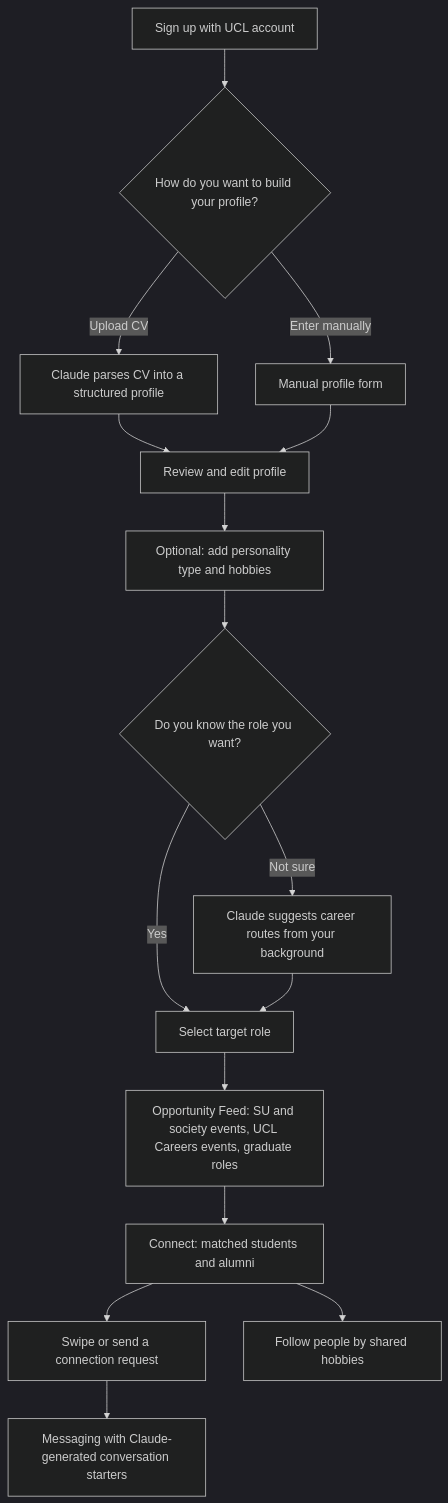
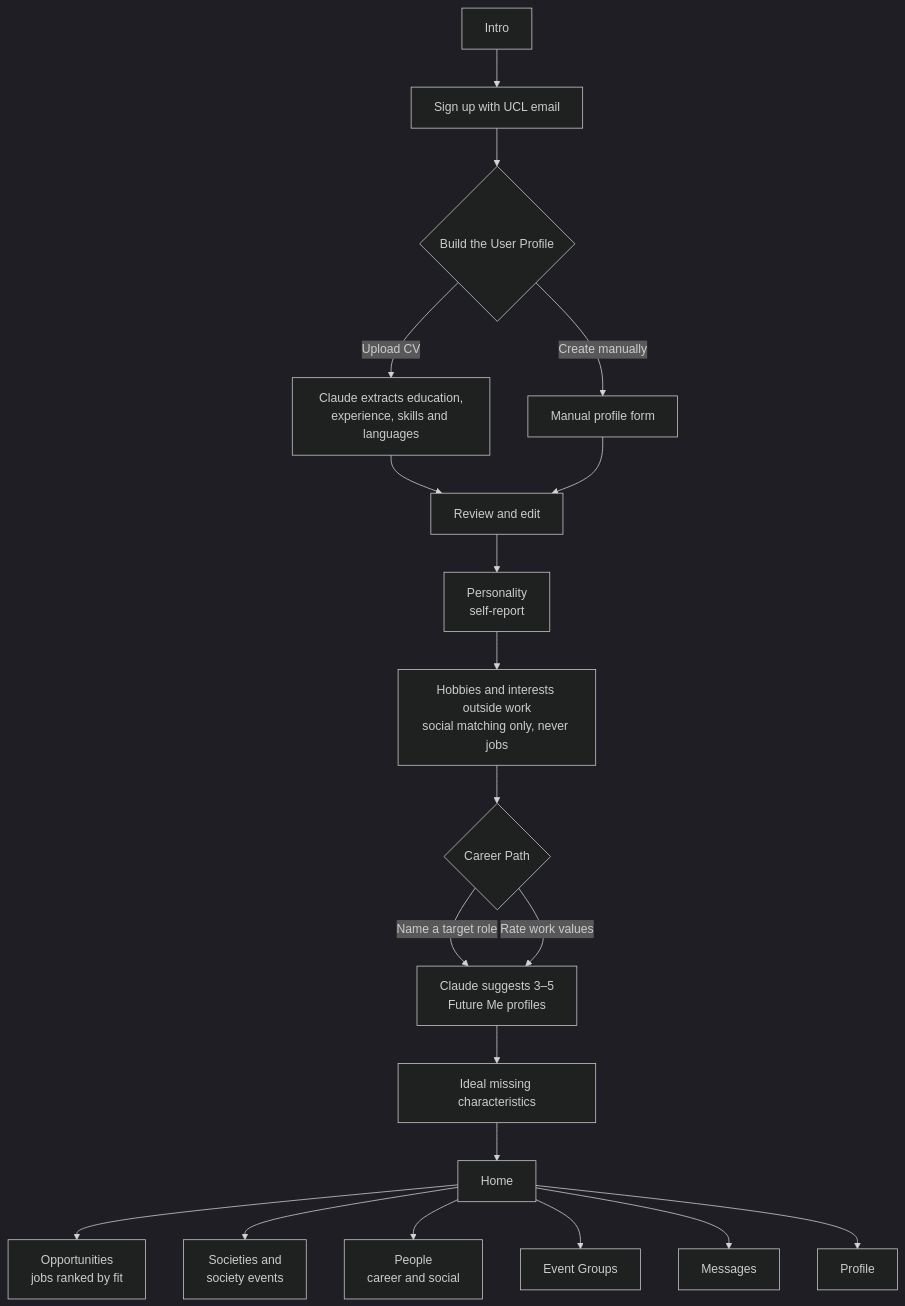
One commit to tomas-trls/LARP-Project changed the second of 2 diagrams in README.md. Above: the diagram before and after it, drawn with Mermaid (dark theme). The commit also changed other lines of this file, not shown here.

Commit message:
Rewrite README for the Future Me vision and the real stack

````diff
--- a/README.md
+++ b/README.md
@@ -103,18 +119,22 @@
 ```mermaid
 flowchart TD
-    A[Sign up with UCL account] --> B{How do you want to build your profile?}
-    B -->|Upload CV| C[Claude parses CV into a structured profile]
-    B -->|Enter manually| D[Manual profile form]
-    C --> E[Review and edit profile]
-    D --> E
-    E --> F[Optional: add personality type and hobbies]
-    F --> G{Do you know the role you want?}
-    G -->|Yes| H[Select target role]
-    G -->|Not sure| I[Claude suggests career routes from your background]
-    I --> H
-    H --> J[Opportunity Feed: SU and society events, UCL Careers events, graduate roles]
-    J --> K[Connect: matched students and alumni]
-    K --> L[Swipe or send a connection request]
-    L --> M[Messaging with Claude-generated conversation starters]
-    K --> N[Follow people by shared hobbies]
+    A[Intro] --> B[Sign up with UCL email]
+    B --> C{Build the User Profile}
+    C -->|Upload CV| D[Claude extracts education,<br/>experience, skills and languages]
+    C -->|Create manually| E[Manual profile form]
+    D --> F[Review and edit]
+    E --> F
+    F --> G[Personality<br/>self-report]
+    G --> H[Hobbies and interests outside work<br/>social matching only, never jobs]
+    H --> I{Career Path}
+    I -->|Name a target role| J[Claude suggests 3–5<br/>Future Me profiles]
+    I -->|Rate work values| J
+    J --> K[Ideal missing characteristics]
+    K --> L[Home]
+    L --> M[Opportunities<br/>jobs ranked by fit]
+    L --> N[Societies and<br/>society events]
+    L --> O[People<br/>career and social]
+    L --> P[Event Groups]
+    L --> Q[Messages]
+    L --> R[Profile]
 ```
````
